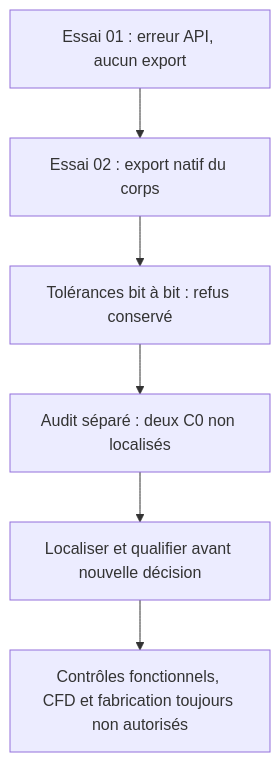
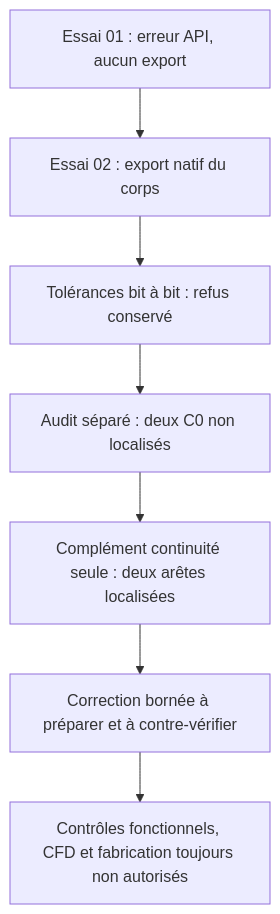
One commit to cluster2600/porscheparts changed the diagram in docs/M64_EXHAUST_NATIVE_AUDIT_20260908.md. Above: the diagram before and after it, drawn with Mermaid. The commit also changed other lines of this file and 5 other files, not shown here.

````diff
--- a/docs/M64_EXHAUST_NATIVE_AUDIT_20260908.md
+++ b/docs/M64_EXHAUST_NATIVE_AUDIT_20260908.md
@@ -70,8 +108,9 @@
 ```mermaid
 flowchart TD
     A["Essai 01 : erreur API, aucun export"] --> B["Essai 02 : export natif du corps"]
     B --> C["Tolérances bit à bit : refus conservé"]
     C --> D["Audit séparé : deux C0 non localisés"]
-    D --> E["Localiser et qualifier avant nouvelle décision"]
-    E --> F["Contrôles fonctionnels, CFD et fabrication toujours non autorisés"]
+    D --> E["Complément continuité seule : deux arêtes localisées"]
+    E --> F["Correction bornée à préparer et à contre-vérifier"]
+    F --> G["Contrôles fonctionnels, CFD et fabrication toujours non autorisés"]
 ```
````
